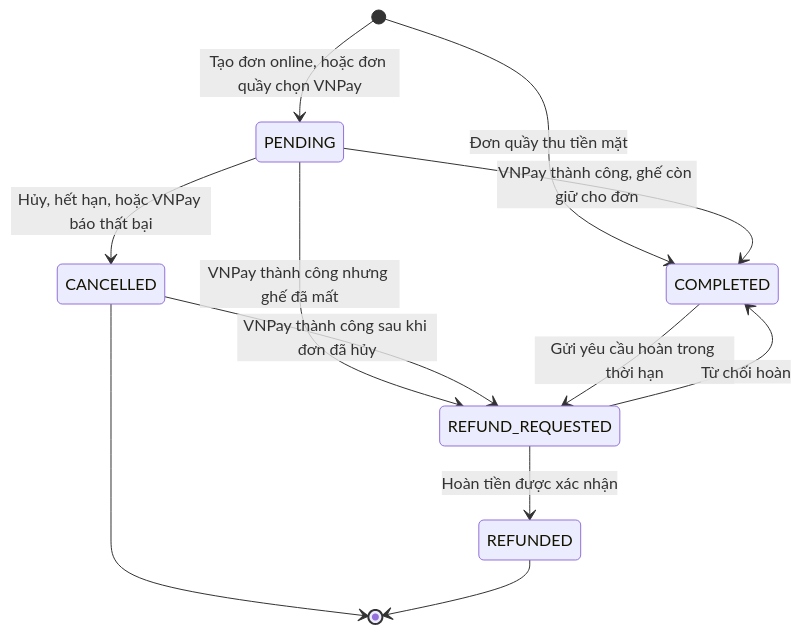
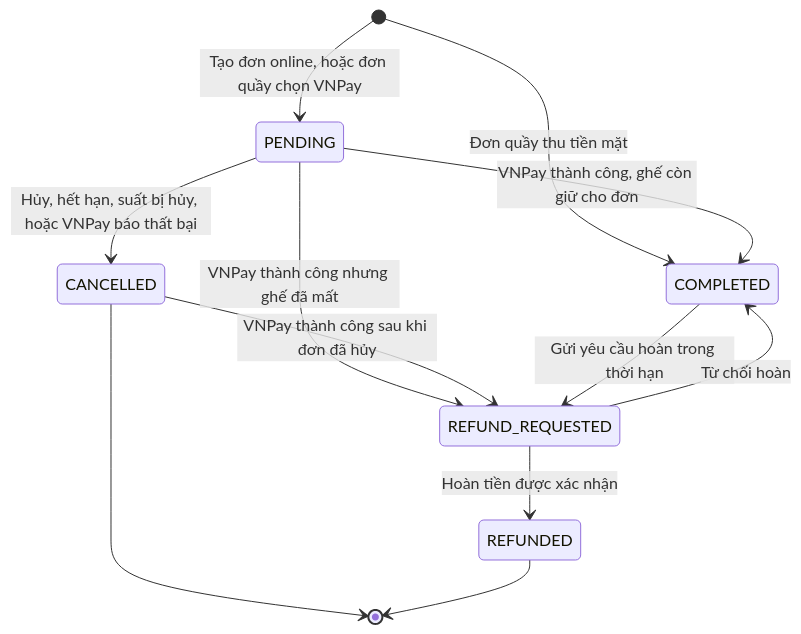
One commit to tienloveit/TTCS_N9_D23CN changed the first of 4 diagrams in docs/02-domain/booking-lifecycle.md. Above: the diagram before and after it, drawn with Mermaid. The commit also changed other lines of this file and 76 other files, not shown here.

````diff
--- a/docs/02-domain/booking-lifecycle.md
+++ b/docs/02-domain/booking-lifecycle.md
@@ -22,14 +23,14 @@
 ```mermaid
 stateDiagram-v2
     [*] --> PENDING: Tạo đơn online, hoặc đơn quầy chọn VNPay
     [*] --> COMPLETED: Đơn quầy thu tiền mặt
     PENDING --> COMPLETED: VNPay thành công, ghế còn giữ cho đơn
-    PENDING --> CANCELLED: Hủy, hết hạn, hoặc VNPay báo thất bại
+    PENDING --> CANCELLED: Hủy, hết hạn, suất bị hủy, hoặc VNPay báo thất bại
     PENDING --> REFUND_REQUESTED: VNPay thành công nhưng ghế đã mất
     CANCELLED --> REFUND_REQUESTED: VNPay thành công sau khi đơn đã hủy
     COMPLETED --> REFUND_REQUESTED: Gửi yêu cầu hoàn trong thời hạn
     REFUND_REQUESTED --> COMPLETED: Từ chối hoàn
     REFUND_REQUESTED --> REFUNDED: Hoàn tiền được xác nhận
     CANCELLED --> [*]
     REFUNDED --> [*]
 ```
````
